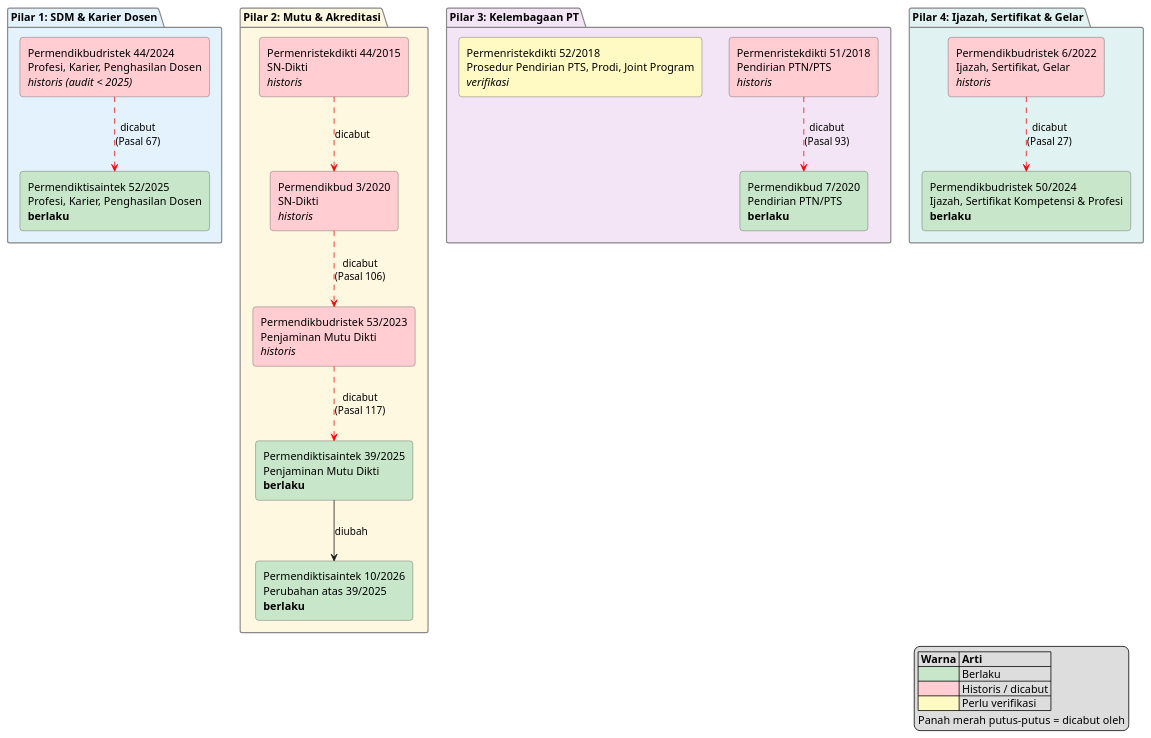
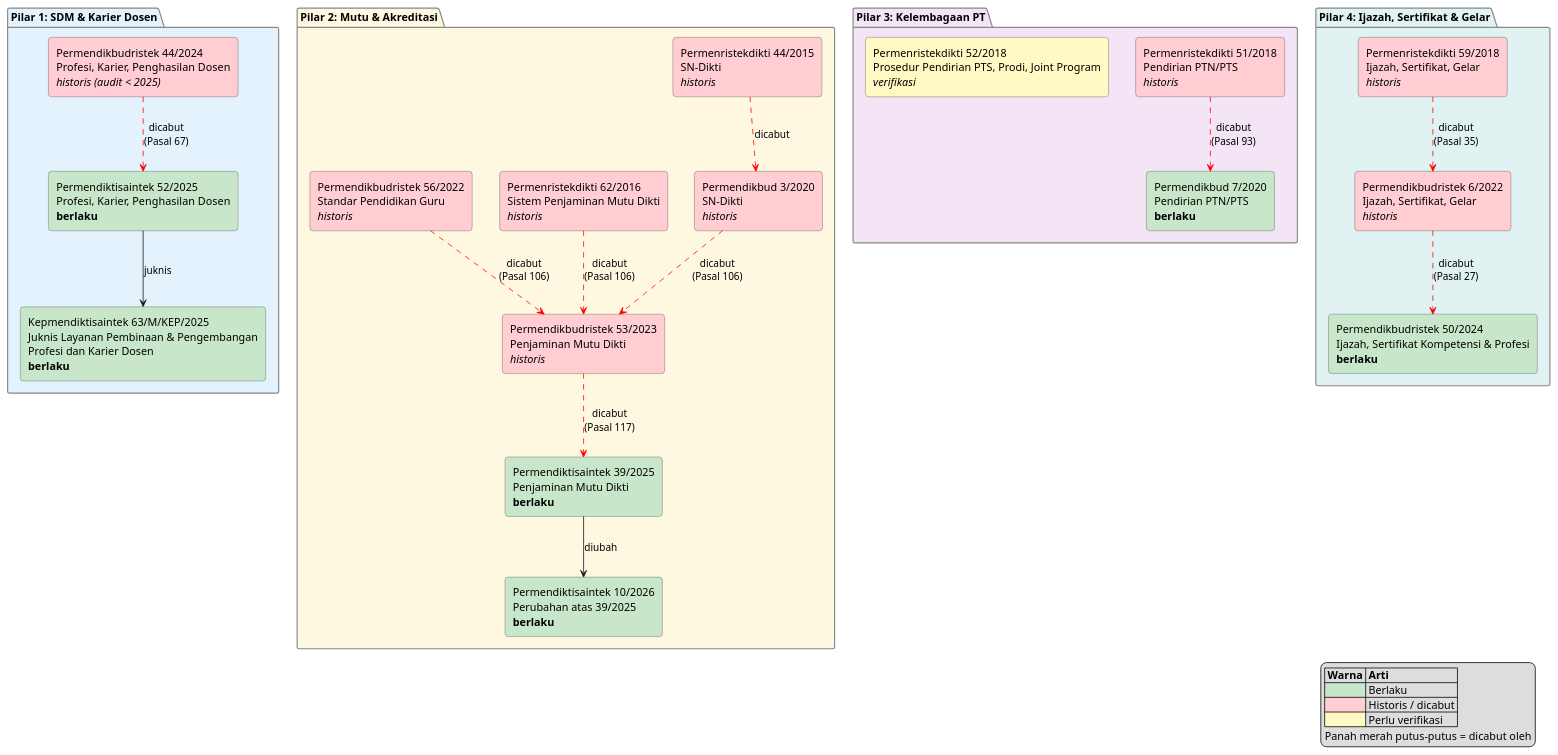
The second of 3 diagrams in desertation/knowledge_base.md (bendo01/xsia_xarx), drawn with PlantUML before and after one commit. The commit also changed other lines of this file and 10 other files, not shown here.

````diff
--- a/desertation/knowledge_base.md
+++ b/desertation/knowledge_base.md
@@ -110,53 +112,61 @@
 ```plantuml
 @startuml pilar_regulasi
 skinparam shadowing false
 skinparam defaultFontName Arial
 skinparam rectangle {
   RoundCorner 8
   BorderColor #555555
 }
 skinparam package {
   BorderColor #888888
 }
 
 package "Pilar 1: SDM & Karier Dosen" #E3F2FD {
   rectangle "Permendikbudristek 44/2024\nProfesi, Karier, Penghasilan Dosen\n//historis (audit < 2025)//" as P44_24 #FFCDD2
   rectangle "Permendiktisaintek 52/2025\nProfesi, Karier, Penghasilan Dosen\n**berlaku**" as P52_25 #C8E6C9
+  rectangle "Kepmendiktisaintek 63/M/KEP/2025\nJuknis Layanan Pembinaan & Pengembangan\nProfesi dan Karier Dosen\n**berlaku**" as K63_25 #C8E6C9
 }
 
 package "Pilar 2: Mutu & Akreditasi" #FFF8E1 {
   rectangle "Permenristekdikti 44/2015\nSN-Dikti\n//historis//" as P44_15 #FFCDD2
+  rectangle "Permenristekdikti 62/2016\nSistem Penjaminan Mutu Dikti\n//historis//" as P62_16 #FFCDD2
   rectangle "Permendikbud 3/2020\nSN-Dikti\n//historis//" as P3_20 #FFCDD2
+  rectangle "Permendikbudristek 56/2022\nStandar Pendidikan Guru\n//historis//" as P56_22 #FFCDD2
   rectangle "Permendikbudristek 53/2023\nPenjaminan Mutu Dikti\n//historis//" as P53_23 #FFCDD2
   rectangle "Permendiktisaintek 39/2025\nPenjaminan Mutu Dikti\n**berlaku**" as P39_25 #C8E6C9
   rectangle "Permendiktisaintek 10/2026\nPerubahan atas 39/2025\n**berlaku**" as P10_26 #C8E6C9
 }
 
 package "Pilar 3: Kelembagaan PT" #F3E5F5 {
   rectangle "Permenristekdikti 51/2018\nPendirian PTN/PTS\n//historis//" as P51_18 #FFCDD2
   rectangle "Permenristekdikti 52/2018\nProsedur Pendirian PTS, Prodi, Joint Program\n//verifikasi//" as P52_18 #FFF9C4
   rectangle "Permendikbud 7/2020\nPendirian PTN/PTS\n**berlaku**" as P7_20 #C8E6C9
 }
 
 package "Pilar 4: Ijazah, Sertifikat & Gelar" #E0F2F1 {
+  rectangle "Permenristekdikti 59/2018\nIjazah, Sertifikat, Gelar\n//historis//" as P59_18 #FFCDD2
   rectangle "Permendikbudristek 6/2022\nIjazah, Sertifikat, Gelar\n//historis//" as P6_22 #FFCDD2
   rectangle "Permendikbudristek 50/2024\nIjazah, Sertifikat Kompetensi & Profesi\n**berlaku**" as P50_24 #C8E6C9
 }
 
 P44_24 -[#red,dashed]-> P52_25 : dicabut\n(Pasal 67)
+P52_25 --> K63_25 : juknis
 P44_15 -[#red,dashed]-> P3_20 : dicabut
 P3_20 -[#red,dashed]-> P53_23 : dicabut\n(Pasal 106)
+P62_16 -[#red,dashed]-> P53_23 : dicabut\n(Pasal 106)
+P56_22 -[#red,dashed]-> P53_23 : dicabut\n(Pasal 106)
 P53_23 -[#red,dashed]-> P39_25 : dicabut\n(Pasal 117)
 P39_25 --> P10_26 : diubah
 P51_18 -[#red,dashed]-> P7_20 : dicabut\n(Pasal 93)
+P59_18 -[#red,dashed]-> P6_22 : dicabut\n(Pasal 35)
 P6_22 -[#red,dashed]-> P50_24 : dicabut\n(Pasal 27)
 
 legend right
   |= Warna |= Arti |
   | <#C8E6C9> | Berlaku |
   | <#FFCDD2> | Historis / dicabut |
   | <#FFF9C4> | Perlu verifikasi |
   Panah merah putus-putus = dicabut oleh
 endlegend
 @enduml
 ```
````
